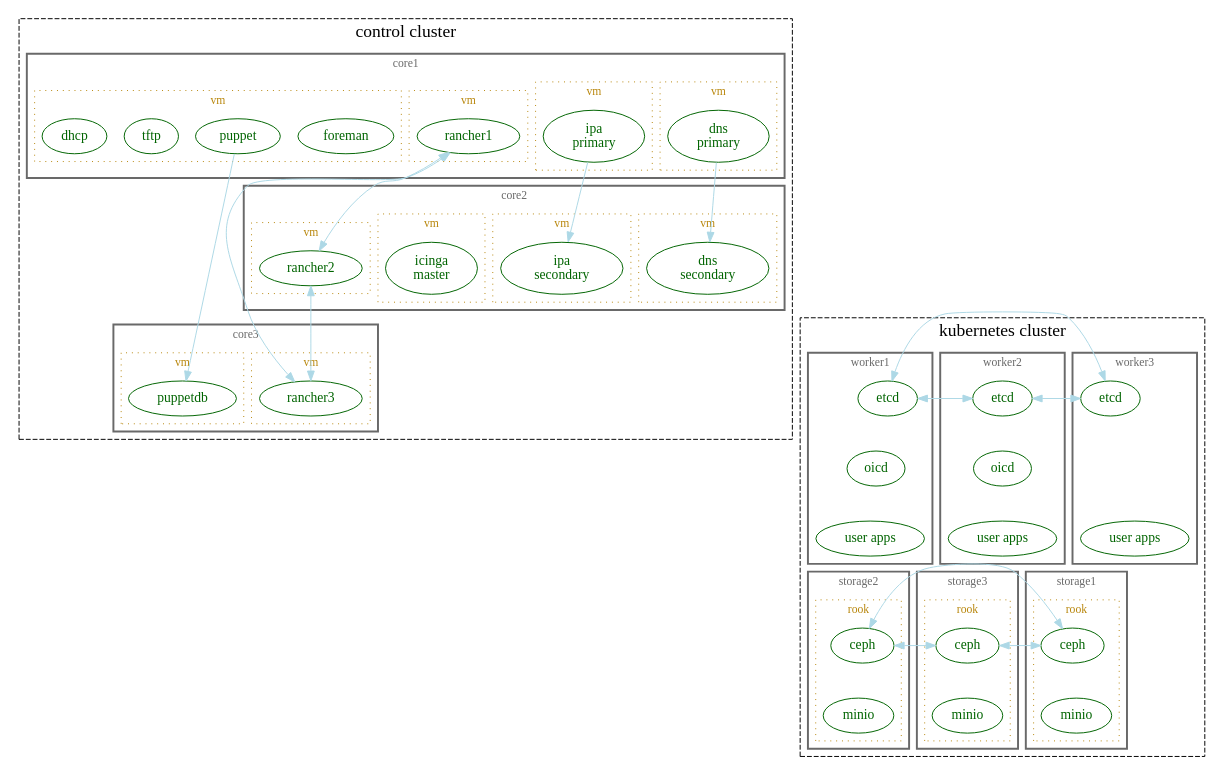
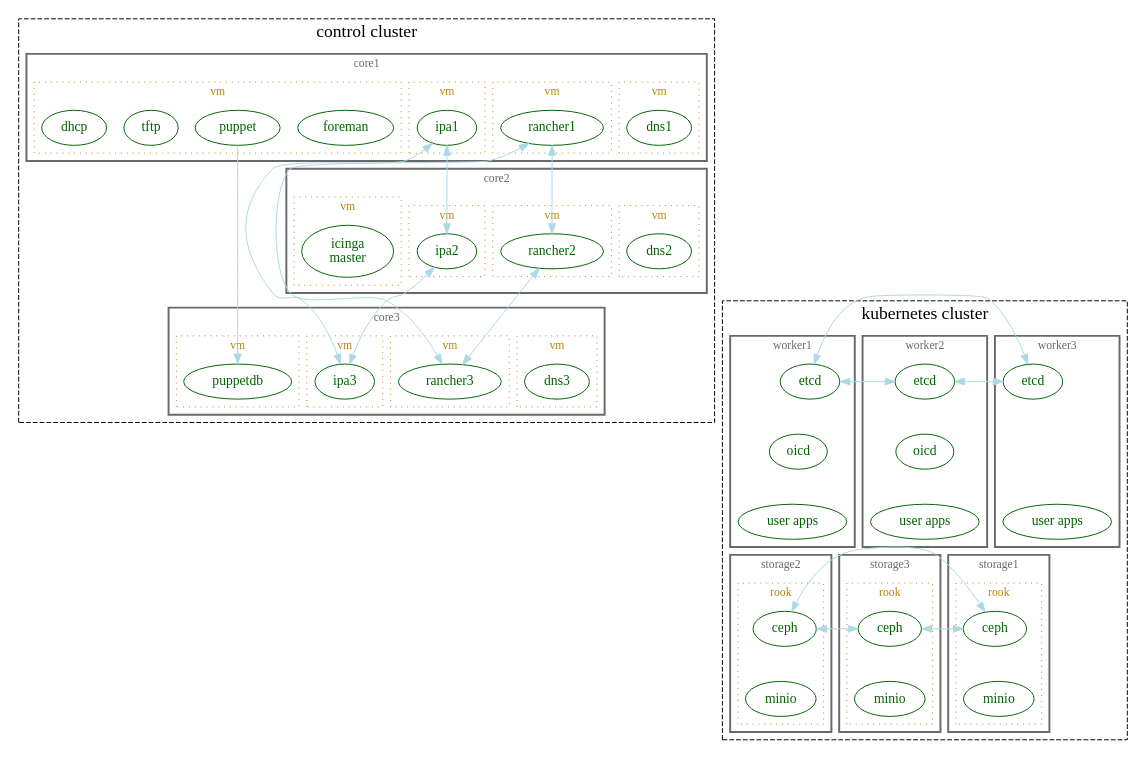
The diagram in _static/seed_cluster.dot (LSST-IT/ittn-002), drawn with Graphviz before and after one commit. The commit also changed 1 other file, not shown here.

Commit message:
add dns3 + ipa3

```diff
--- a/_static/seed_cluster.dot
+++ b/_static/seed_cluster.dot
@@ -12,11 +12,13 @@
     foreman
     puppet
     tftp
-    dns1 [label="dns\nprimary"]
-    dns2 [label="dns\nsecondary"]
+    dns1 [label="dns1"]
+    dns2 [label="dns2"]
+    dns3 [label="dns3"]
     dhcp1 [label="dhcp"]
-    ipa1 [label="ipa\nprimary"]
-    ipa2 [label="ipa\nsecondary"]
+    ipa1 [label="ipa1"]
+    ipa2 [label="ipa2"]
+    ipa3 [label="ipa3"]
     icingamaster [label="icinga\nmaster"]
     puppetdb [label="puppetdb"]
     rancher1 [label="rancher1"]
@@ -52,16 +54,46 @@
 
       {
         rank=same
+        dns1
+        ipa1
+        rancher1
         foreman
+        dhcp1
         puppet
         tftp
+      }
+
+      subgraph cluster_100 {
+        label="vm"
+        color=darkgoldenrod
+        fontcolor=darkgoldenrod
+        fontsize=12
+        style=dotted
+
         dns1
-        dhcp1
+      }
+
+      subgraph cluster_101 {
+        label="vm"
+        color=darkgoldenrod
+        fontcolor=darkgoldenrod
+        fontsize=12
+        style=dotted
+
         ipa1
+      }
+
+      subgraph cluster_102 {
+        label="vm"
+        color=darkgoldenrod
+        fontcolor=darkgoldenrod
+        fontsize=12
+        style=dotted
+
         rancher1
       }
 
-      subgraph cluster_100 {
+      subgraph cluster_103 {
         label="vm"
         color=darkgoldenrod
         fontcolor=darkgoldenrod
@@ -72,36 +104,6 @@
         puppet
         tftp
         dhcp1
-      }
-
-      subgraph cluster_101 {
-        label="vm"
-        color=darkgoldenrod
-        fontcolor=darkgoldenrod
-        fontsize=12
-        style=dotted
-
-        dns1
-      }
-
-      subgraph cluster_102 {
-        label="vm"
-        color=darkgoldenrod
-        fontcolor=darkgoldenrod
-        fontsize=12
-        style=dotted
-
-        ipa1
-      }
-
-      subgraph cluster_103 {
-        label="vm"
-        color=darkgoldenrod
-        fontcolor=darkgoldenrod
-        fontsize=12
-        style=dotted
-
-        rancher1
       }
     }
 
@@ -116,8 +118,8 @@
         rank=same
         dns2
         ipa2
+        rancher2
         icingamaster
-        rancher2
       }
 
       subgraph cluster_200 {
@@ -147,7 +149,7 @@
         fontsize=12
         style=dotted
 
-        icingamaster
+        rancher2
       }
 
       subgraph cluster_203 {
@@ -157,7 +159,7 @@
         fontsize=12
         style=dotted
 
-        rancher2
+        icingamaster
       }
     }
 
@@ -170,9 +172,11 @@
 
       {
         rank=same
+        dns3
+        ipa3
+        rancher3
         icingamaster
         puppetdb
-        rancher3
       }
 
       subgraph cluster_300 {
@@ -182,7 +186,7 @@
         fontsize=12
         style=dotted
 
-        icingamaster
+        dns3
       }
 
       subgraph cluster_301 {
@@ -192,7 +196,7 @@
         fontsize=12
         style=dotted
 
-        puppetdb
+        ipa3
       }
 
       subgraph cluster_302 {
@@ -204,11 +208,32 @@
 
         rancher3
       }
+
+      subgraph cluster_303 {
+        label="vm"
+        color=darkgoldenrod
+        fontcolor=darkgoldenrod
+        fontsize=12
+        style=dotted
+
+        icingamaster
+      }
+
+      subgraph cluster_304 {
+        label="vm"
+        color=darkgoldenrod
+        fontcolor=darkgoldenrod
+        fontsize=12
+        style=dotted
+
+        puppetdb
+      }
     }
 
     edge [color=lightblue]
-    dns1 -> dns2
-    ipa1 -> ipa2
+    ipa1 -> ipa2 [dir=both]
+    ipa2 -> ipa3 [dir=both]
+    ipa3 -> ipa1 [dir=both]
     puppet -> puppetdb
     rancher1 -> rancher2 [dir=both]
     rancher2 -> rancher3 [dir=both]
```
